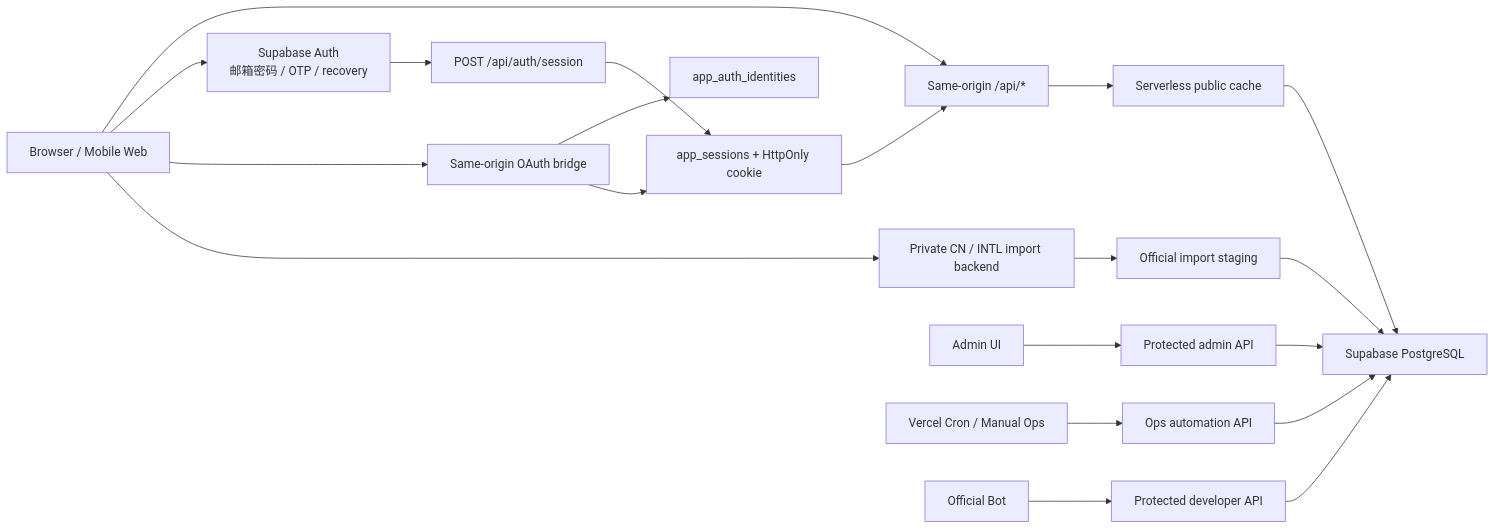
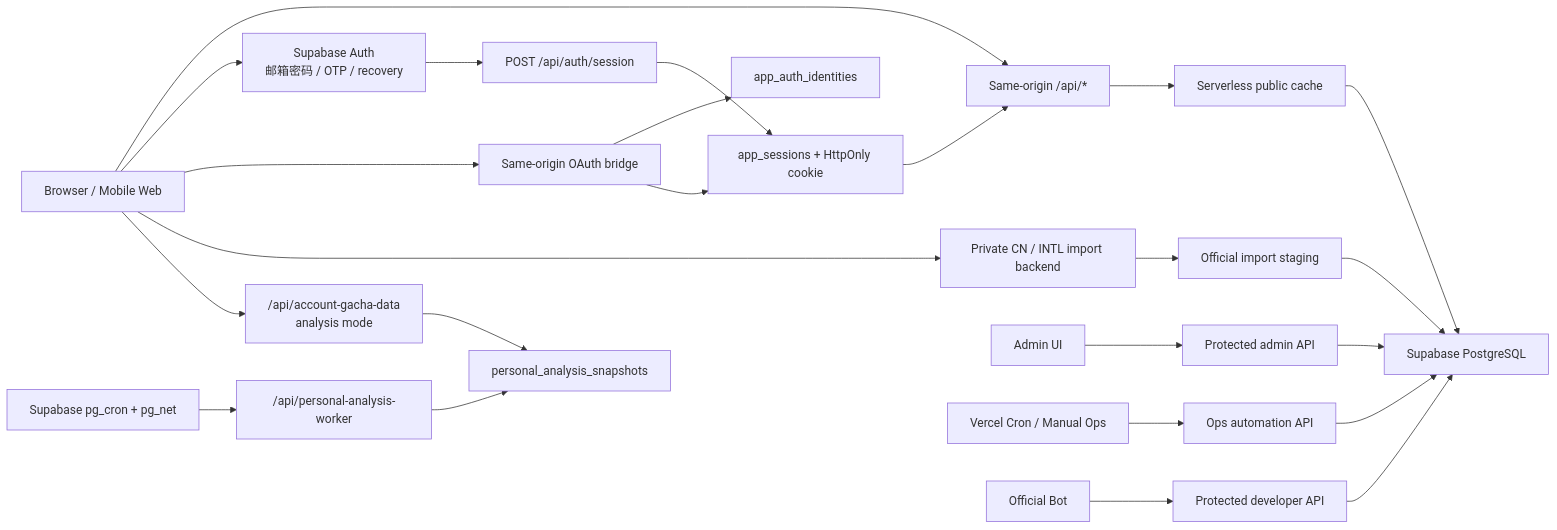
Before and after one commit to MoguJunn/endfield-gacha: the first of 2 diagrams in docs/ARCHITECTURE.md, drawn with Mermaid. The commit also changed other lines of this file and 8 other files, not shown here.

````diff
--- a/docs/ARCHITECTURE.md
+++ b/docs/ARCHITECTURE.md
@@ -7,22 +7,26 @@
 ```mermaid
 flowchart LR
   Browser["Browser / Mobile Web"] --> PublicApi["Same-origin /api/*"]
   Browser --> SupabaseAuth["Supabase Auth\n邮箱密码 / OTP / recovery"]
   Browser --> OAuthBridge["Same-origin OAuth bridge"]
   OAuthBridge --> AuthIdentity["app_auth_identities"]
   SupabaseAuth --> SessionBootstrap["POST /api/auth/session"]
   OAuthBridge --> SiteSession["app_sessions + HttpOnly cookie"]
   SessionBootstrap --> SiteSession
   SiteSession --> PublicApi
   Browser --> ImportBackend["Private CN / INTL import backend"]
   ImportBackend --> ImportStaging["Official import staging"]
   ImportStaging --> SupabaseDb
+  Browser --> AnalysisApi["/api/account-gacha-data\nanalysis mode"]
+  AnalysisApi --> AnalysisSnapshot["personal_analysis_snapshots"]
+  AnalysisScheduler["Supabase pg_cron + pg_net"] --> AnalysisWorker["/api/personal-analysis-worker"]
+  AnalysisWorker --> AnalysisSnapshot
   PublicApi --> PublicCache["Serverless public cache"]
   PublicCache --> SupabaseDb["Supabase PostgreSQL"]
   Admin["Admin UI"] --> AdminApi["Protected admin API"]
   AdminApi --> SupabaseDb
   Ops["Vercel Cron / Manual Ops"] --> OpsApi["Ops automation API"]
   OpsApi --> SupabaseDb
   Bot["Official Bot"] --> DevApi["Protected developer API"]
   DevApi --> SupabaseDb
 ```
````
